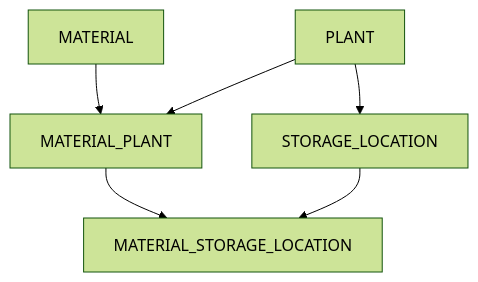
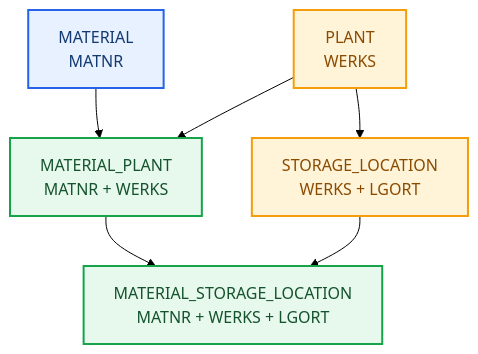
One commit to OrlandoCaetano2026/SAP_HANA_Cloud_Data_Engineering_Learning changed the second of 2 diagrams in Docs/A — Data & SAP-MES Master Data Foundation/BR/01-a1-fundacao-de-dados-relacionais.md. Above: the diagram before and after it, drawn with Mermaid (forest theme). The commit also changed other lines of this file and 1 other file, not shown here.

````diff
--- a/Docs/A — Data & SAP-MES Master Data Foundation/BR/01-a1-fundacao-de-dados-relacionais.md
+++ b/Docs/A — Data & SAP-MES Master Data Foundation/BR/01-a1-fundacao-de-dados-relacionais.md
@@ -35,8 +70,11 @@
 ```mermaid
 flowchart TB
- M["MATERIAL"] --> MP["MATERIAL_PLANT"]
- P["PLANT"] --> MP
- P --> S["STORAGE_LOCATION"]
- MP --> MSL["MATERIAL_STORAGE_LOCATION"]
+ M["MATERIAL<br/>MATNR"]:::master --> MP["MATERIAL_PLANT<br/>MATNR + WERKS"]:::assoc
+ P["PLANT<br/>WERKS"]:::org --> MP
+ P --> S["STORAGE_LOCATION<br/>WERKS + LGORT"]:::org
+ MP --> MSL["MATERIAL_STORAGE_LOCATION<br/>MATNR + WERKS + LGORT"]:::assoc
  S --> MSL
+ classDef master fill:#E8F1FF,stroke:#2563EB,color:#123A70,stroke-width:2px;
+ classDef org fill:#FFF3D8,stroke:#F59E0B,color:#8A4B00,stroke-width:2px;
+ classDef assoc fill:#E7F8EC,stroke:#16A34A,color:#14532D,stroke-width:2px;
 ```
````
